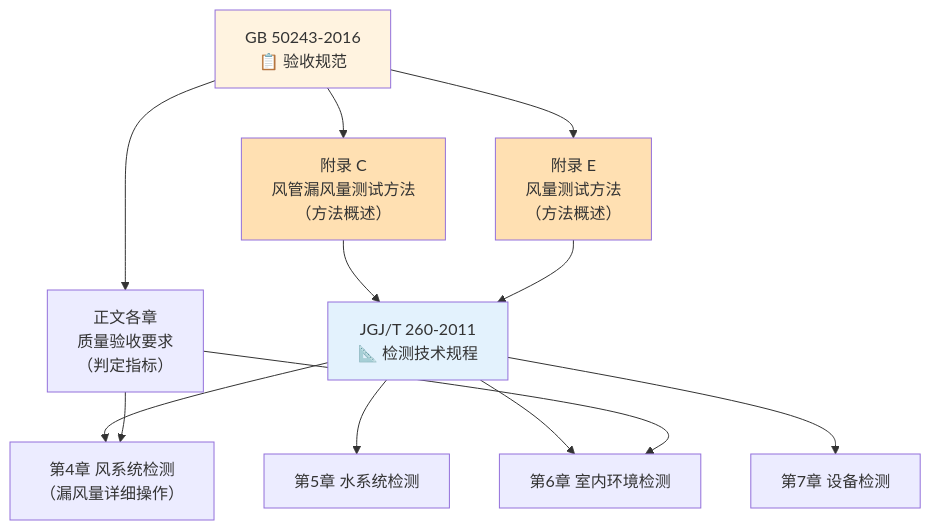
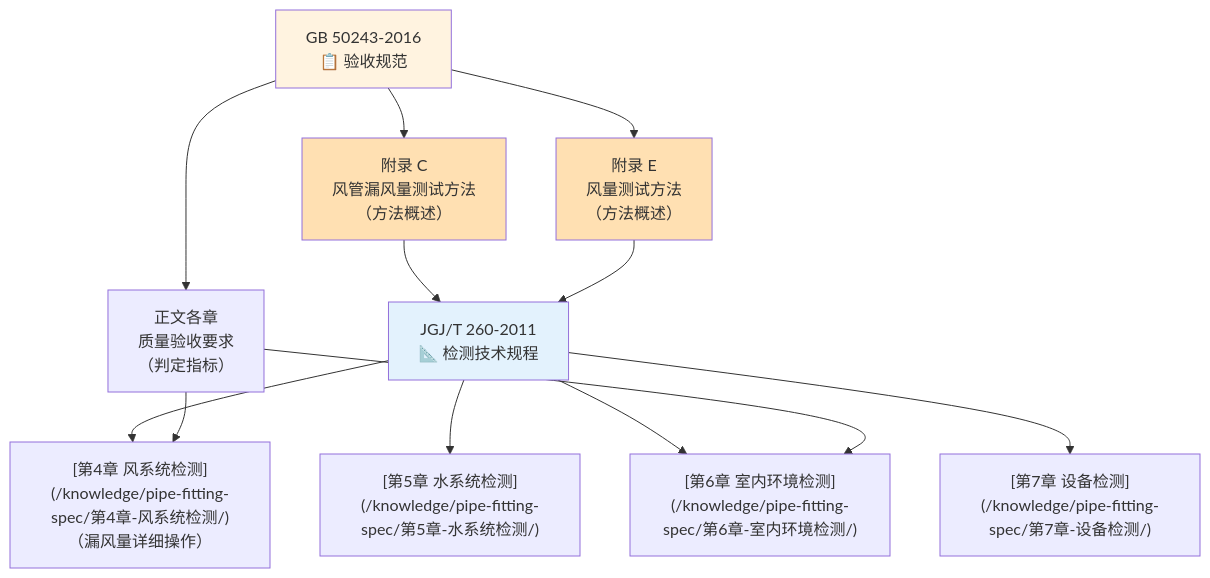
Before and after one commit to TGQ-HUA/blog: the first of 2 diagrams in content/knowledge/pipe-fitting-spec/第1章-总则.md, drawn with Mermaid. The commit also changed other lines of this file and 182 other files, not shown here.

````diff
--- a/content/knowledge/pipe-fitting-spec/第1章-总则.md
+++ b/content/knowledge/pipe-fitting-spec/第1章-总则.md
@@ -72,22 +72,22 @@
 ```mermaid
 graph TB
     GB50243["GB 50243-2016<br/>📋 验收规范"] --> APP_C["附录 C<br/>风管漏风量测试方法<br/>（方法概述）"]
     GB50243 --> APP_E["附录 E<br/>风量测试方法<br/>（方法概述）"]
     GB50243 --> MAIN["正文各章<br/>质量验收要求<br/>（判定指标）"]
 
     APP_C --> JGJT260["JGJ/T 260-2011<br/>📐 检测技术规程"]
     APP_E --> JGJT260
 
-    JGJT260 --> CH4["第4章 风系统检测<br/>（漏风量详细操作）"]
-    JGJT260 --> CH5["第5章 水系统检测"]
-    JGJT260 --> CH6["第6章 室内环境检测"]
-    JGJT260 --> CH7["第7章 设备检测"]
+    JGJT260 --> CH4["[第4章 风系统检测](/knowledge/pipe-fitting-spec/第4章-风系统检测/)<br/>（漏风量详细操作）"]
+    JGJT260 --> CH5["[第5章 水系统检测](/knowledge/pipe-fitting-spec/第5章-水系统检测/)"]
+    JGJT260 --> CH6["[第6章 室内环境检测](/knowledge/pipe-fitting-spec/第6章-室内环境检测/)"]
+    JGJT260 --> CH7["[第7章 设备检测](/knowledge/pipe-fitting-spec/第7章-设备检测/)"]
 
     MAIN --> CH4
     MAIN --> CH6
 
     style GB50243 fill:#fff3e0
     style JGJT260 fill:#e3f2fd
     style APP_C fill:#ffe0b2
     style APP_E fill:#ffe0b2
 ```
````
